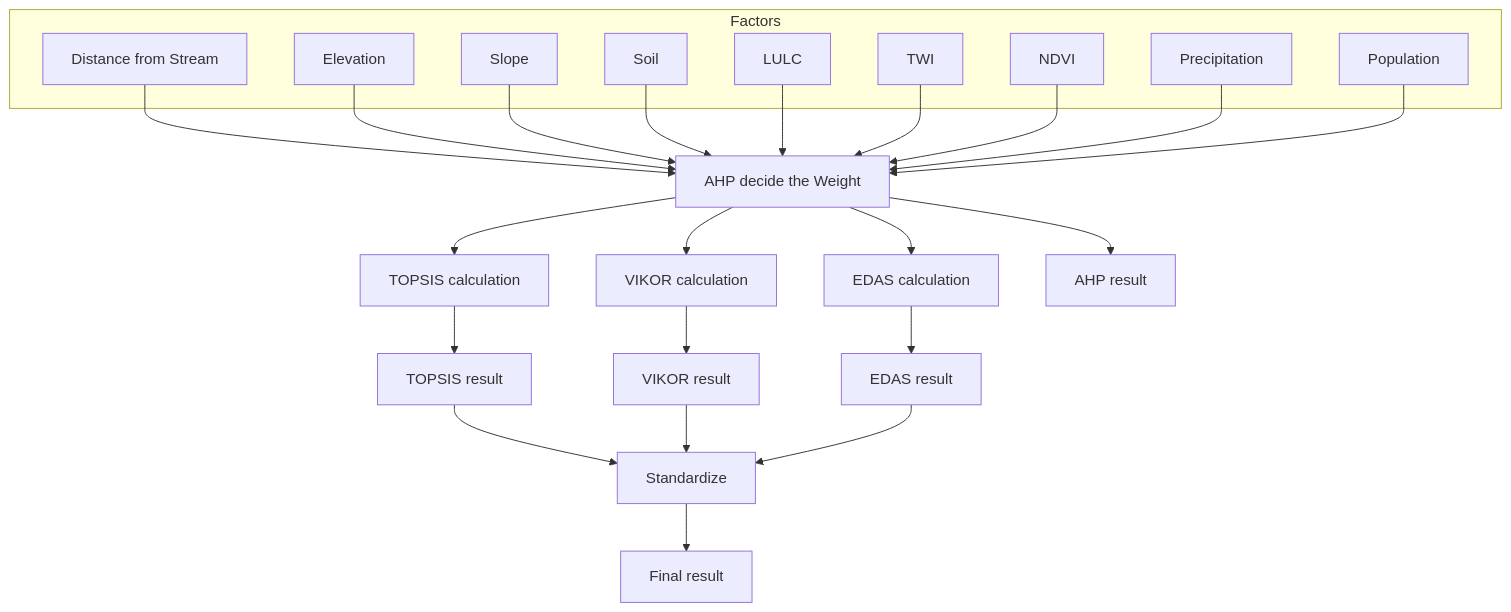
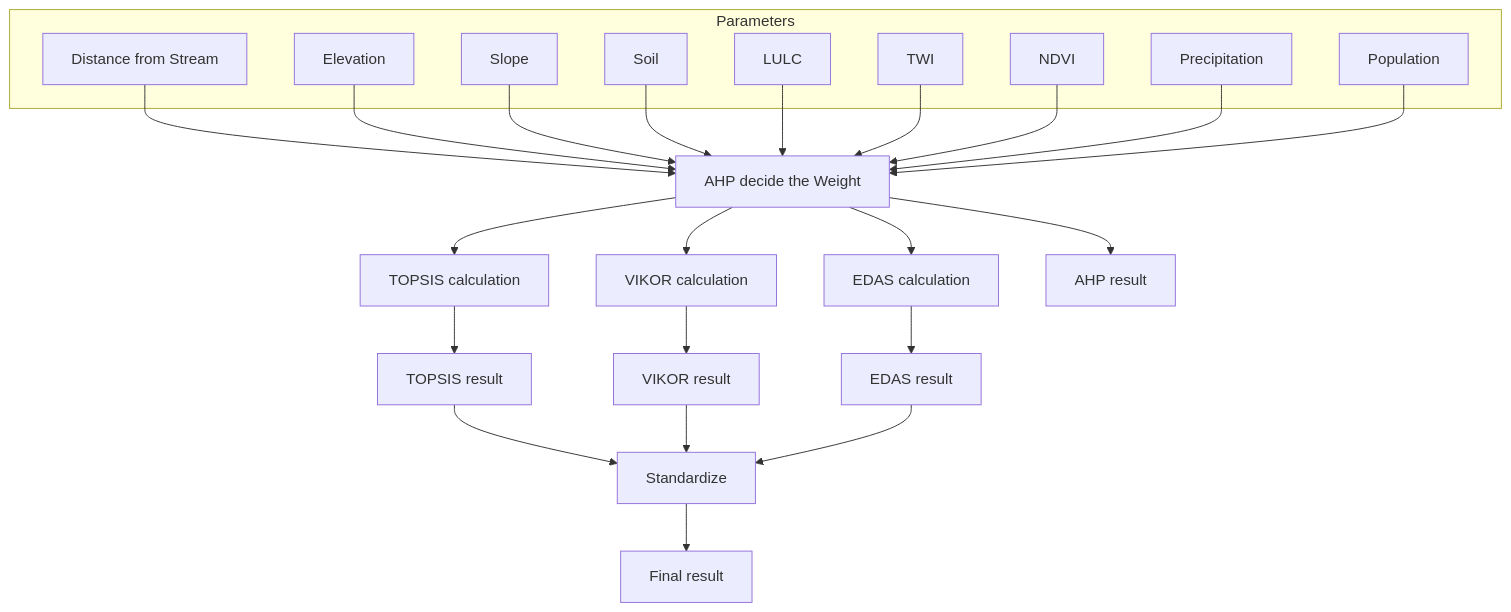
One commit to TzuYu-Ma/Colombia-Flood-Assessment changed the diagram in README.md. Above: the diagram before and after it, drawn with Mermaid.

````diff
--- a/README.md
+++ b/README.md
@@ -20,39 +20,39 @@
 ```mermaid
 graph TD
-    subgraph Factors
+    subgraph Parameters
         A[Distance from Stream]
         B[Elevation]
         C[Slope]
         D[Soil]
         E[LULC]
         F[TWI]
         G[NDVI]
         H[Precipitation]
         I[Population]
     end
 
     A --> J[AHP decide the Weight]
     B --> J
     C --> J
     D --> J
     E --> J
     F --> J
     G --> J
     H --> J
     I --> J
 
     J --> K[TOPSIS calculation]
     J --> L[VIKOR calculation]
     J --> M[EDAS calculation]
     J --> N[AHP result]
 
     K --> O[TOPSIS result]
     L --> P[VIKOR result]
     M --> Q[EDAS result]
 
     O --> R[Standardize]
     P --> R
     Q --> R
 
     R --> S[Final result]
 ```
````
